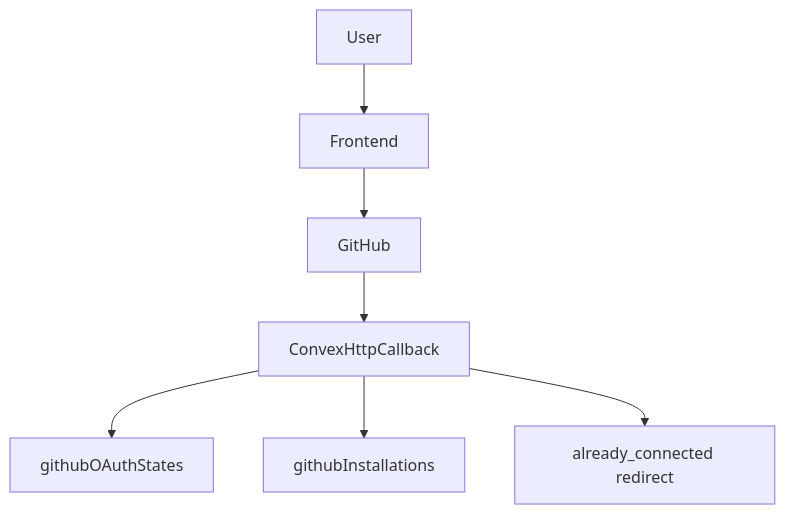
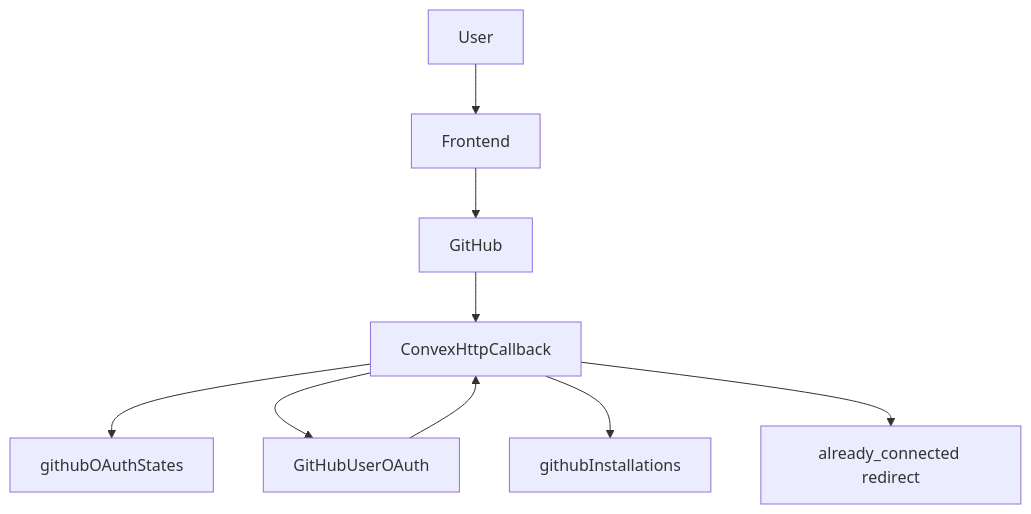
Before and after one commit to EricTsai83/systify: the second of 4 diagrams in docs/integrations-and-operations.md, drawn with Mermaid. The commit also changed other lines of this file and 100 other files, not shown here.

````diff
--- a/docs/integrations-and-operations.md
+++ b/docs/integrations-and-operations.md
@@ -57,17 +57,20 @@
 ```mermaid
 flowchart TD
   User[User]
   Frontend[Frontend]
   GitHub[GitHub]
+  GitHubOAuth[GitHubUserOAuth]
   Callback[ConvexHttpCallback]
   State[githubOAuthStates]
   Installation[githubInstallations]
   Conflict[already_connected redirect]
 
   User --> Frontend
   Frontend --> GitHub
   GitHub --> Callback
   Callback --> State
+  Callback --> GitHubOAuth
+  GitHubOAuth --> Callback
   Callback --> Installation
   Callback --> Conflict
 ```
````
